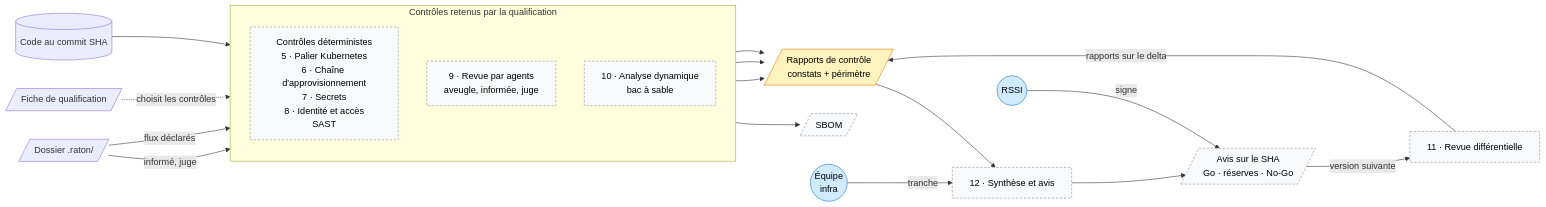
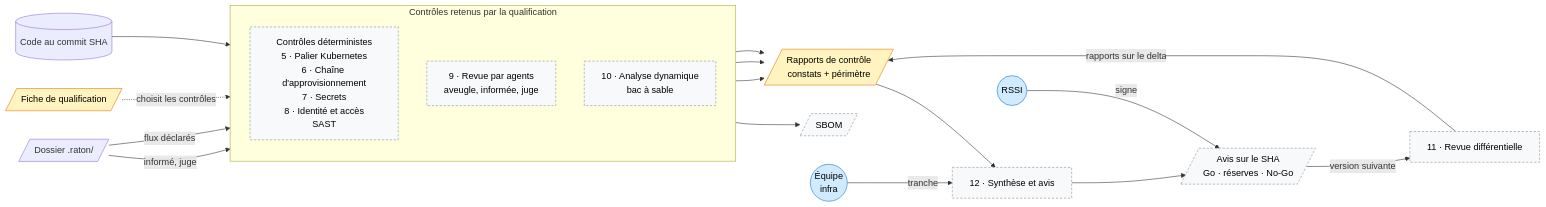
Before and after one commit to Jul0ow/Raton: the fourth of 5 diagrams in docs/architecture.md, drawn with Mermaid. The commit also changed other lines of this file and 13 other files, not shown here.

````diff
--- a/docs/architecture.md
+++ b/docs/architecture.md
@@ -160,43 +164,43 @@
 ```mermaid
 flowchart LR
   QF[/"Fiche de qualification"/]
   CODE[("Code au commit SHA")]
   DOS[/"Dossier .raton/"/]
 
   subgraph CTRL ["Contrôles retenus par la qualification"]
     direction TB
     DET["Contrôles déterministes<br/>5 · Palier Kubernetes<br/>6 · Chaîne d'approvisionnement<br/>7 · Secrets<br/>8 · Identité et accès<br/>SAST"]
     AG["9 · Revue par agents<br/>aveugle, informée, juge"]
     DYN["10 · Analyse dynamique<br/>bac à sable"]
   end
 
   SBOM[/"SBOM"/]
   RAP[/"Rapports de contrôle<br/>constats + périmètre"/]
   SYN["12 · Synthèse et avis"]
   AVIS[/"Avis sur le SHA<br/>Go · réserves · No-Go"/]
   DIFF["11 · Revue différentielle"]
   E(("Équipe<br/>infra"))
   S(("RSSI"))
 
   QF -.->|"choisit les contrôles"| CTRL
   CODE --> CTRL
   DOS -->|"informé, juge"| AG
   DOS -->|"flux déclarés"| DYN
   DET --> SBOM
   DET --> RAP
   AG --> RAP
   DYN --> RAP
   RAP --> SYN
   E -->|"tranche"| SYN
   SYN --> AVIS
   S -->|"signe"| AVIS
   AVIS -->|"version suivante"| DIFF
   DIFF -->|"rapports sur le delta"| RAP
 
   classDef humain fill:#d0ebff,stroke:#1971c2,color:#000
   classDef propose fill:#fff3bf,stroke:#e67700,color:#000
   classDef afaire fill:#f8f9fa,stroke:#868e96,color:#000,stroke-dasharray:4 3
   class E,S humain
-  class RAP propose
+  class QF,RAP propose
   class DET,AG,DYN,SBOM,SYN,AVIS,DIFF afaire
 ```
````
